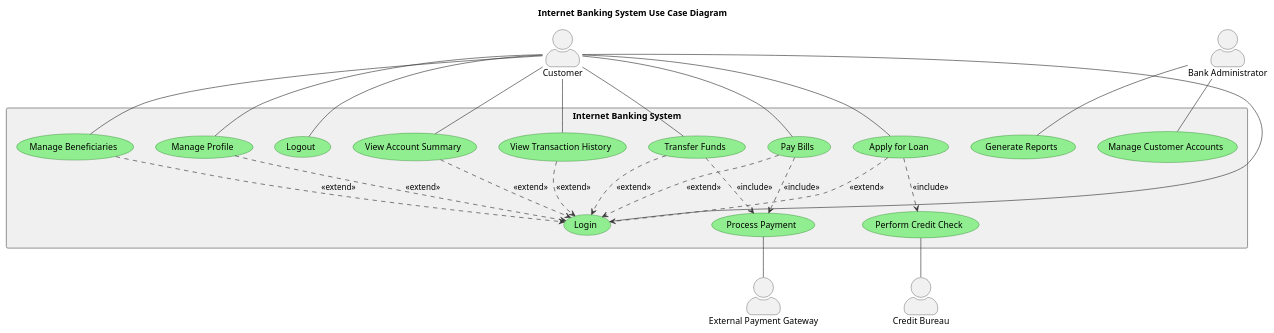
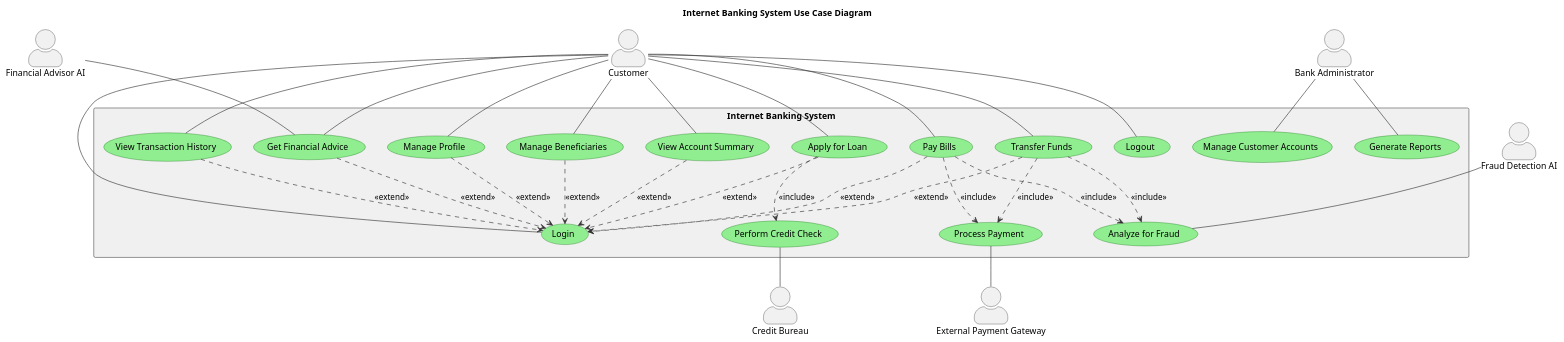
The diagram in Codes/use case diagram for the internet banking system.puml (APC-SoCIT/APC-Sample-Project), drawn with PlantUML before and after one commit.

Commit message:
Update use case diagram for the internet banking system.puml
updated use case diagram with ai agent

```diff
--- a/Codes/use case diagram for the internet banking system.puml
+++ b/Codes/use case diagram for the internet banking system.puml
@@ -1,88 +1,102 @@
 @startuml
 ' Diagram Title
 title Internet Banking System Use Case Diagram
 
 ' Style adjustments for better readability
 skinparam actorStyle awesome
 skinparam usecase {
     BackgroundColor #LightGreen
     BorderColor #DarkGreen
 }
 skinparam rectangle {
     BorderColor #555
     BackgroundColor #F0F0F0
 }
 skinparam arrow {
     Color #333
 }
 
 ' Define Actors
 actor "Customer" as customer
 actor "Bank Administrator" as admin
 
 ' Define External System Actors
+actor "Fraud Detection AI" as fraudAI
+actor "Financial Advisor AI" as advisorAI
+
+' Define External System Actors (already present, but grouped for clarity)
 actor "External Payment Gateway" as paymentGateway
 actor "Credit Bureau" as creditBureau
 
 ' System Boundary
 rectangle "Internet Banking System" {
     ' Customer Use Cases
     usecase "Login" as UC1
     usecase "View Account Summary" as UC2
     usecase "View Transaction History" as UC3
     usecase "Transfer Funds" as UC4
     usecase "Pay Bills" as UC5
     usecase "Manage Beneficiaries" as UC6
     usecase "Apply for Loan" as UC7
     usecase "Manage Profile" as UC8
     usecase "Logout" as UC9
+    usecase "Get Financial Advice" as UC12
 
     ' Administrator Use Cases
     usecase "Manage Customer Accounts" as UC10
     usecase "Generate Reports" as UC11
 
     ' Included Use Cases (interactions with external systems)
     usecase "Process Payment" as UC_Pay
     usecase "Perform Credit Check" as UC_Credit
+    usecase "Analyze for Fraud" as UC_Fraud
 }
 
 ' --- Actor to Use Case Associations ---
 
 ' Customer associations
 customer -- UC1
 customer -- UC2
 customer -- UC3
 customer -- UC4
 customer -- UC5
 customer -- UC6
 customer -- UC7
 customer -- UC8
 customer -- UC9
+customer -- UC12
 
 ' Bank Administrator associations
 admin -- UC10
 admin -- UC11
+
+' AI Agent associations
+fraudAI -- UC_Fraud
+advisorAI -- UC12
 
 ' --- Use Case Relationships (include/extend) ---
 
 ' Login is a prerequisite for most actions
 UC2 ..> UC1 : <<extend>>
 UC3 ..> UC1 : <<extend>>
 UC4 ..> UC1 : <<extend>>
 UC5 ..> UC1 : <<extend>>
 UC6 ..> UC1 : <<extend>>
 UC7 ..> UC1 : <<extend>>
 UC8 ..> UC1 : <<extend>>
+UC12 ..> UC1 : <<extend>>
 
 ' Include relationships for external processing
 UC4 ..> UC_Pay : <<include>>
 UC5 ..> UC_Pay : <<include>>
 UC7 ..> UC_Credit : <<include>>
+UC4 ..> UC_Fraud : <<include>>
+UC5 ..> UC_Fraud : <<include>>
 
 ' --- External System to Use Case Associations ---
 
 ' These use cases are realized by external systems
 UC_Pay -- paymentGateway
 UC_Credit -- creditBureau
 
 @enduml
```
